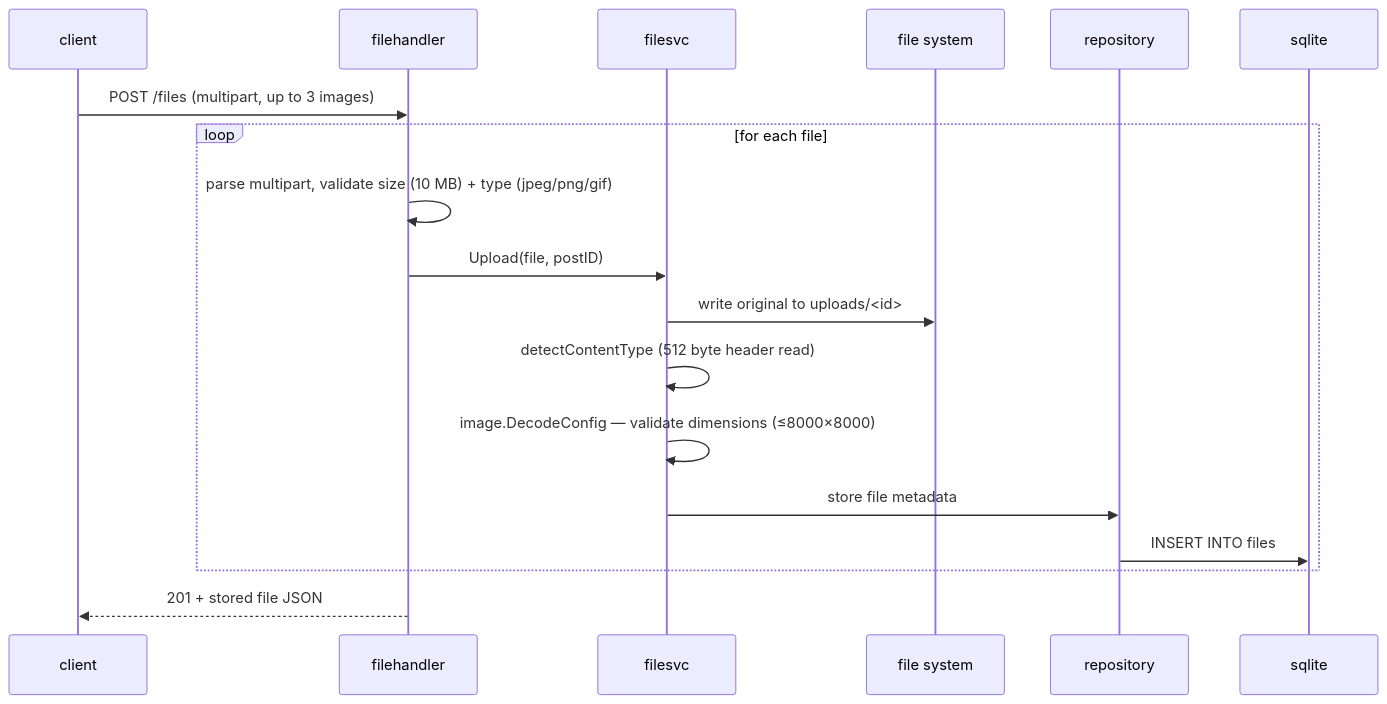
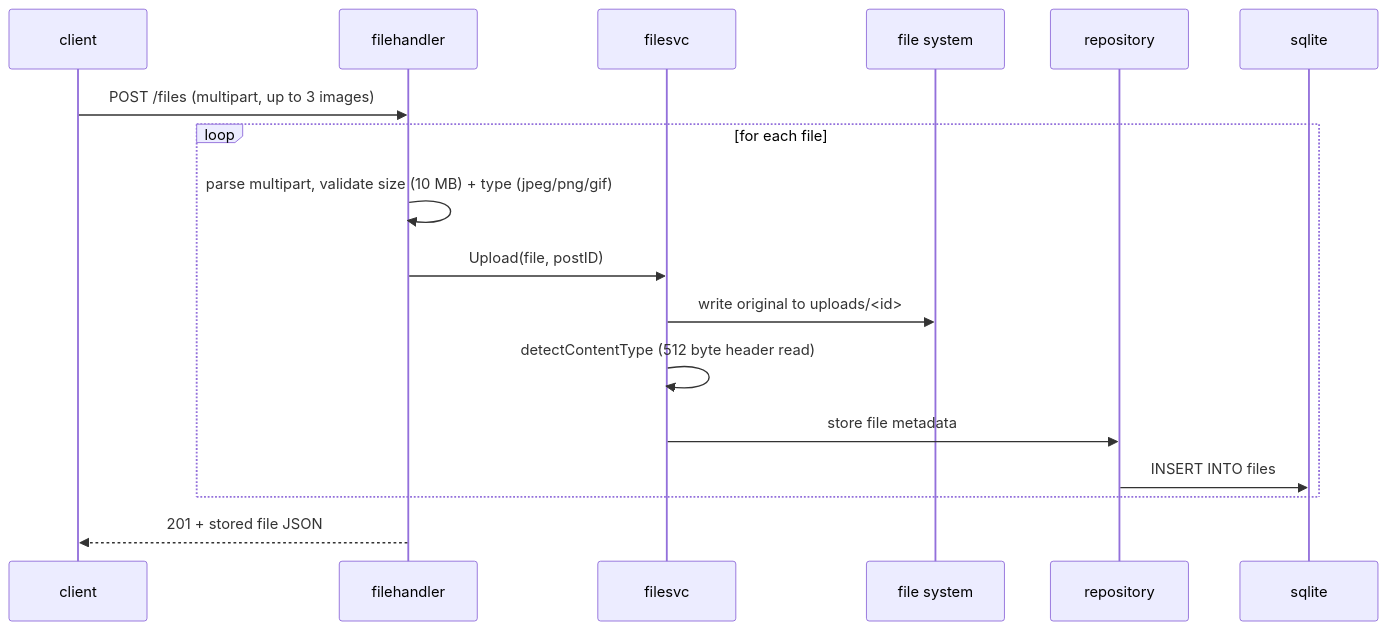
One commit to chentaymane/Social changed the fifth of 9 diagrams in backend/readme.md. Above: the diagram before and after it, drawn with Mermaid. The commit also changed other lines of this file and 1 other file, not shown here.

Commit message:
drop stale image dimension validation references

````diff
--- a/backend/readme.md
+++ b/backend/readme.md
@@ -188,21 +186,20 @@
 ```mermaid
 sequenceDiagram
     participant C as client
     participant H as filehandler
     participant S as filesvc
     participant F as file system
     participant R as repository
     participant DB as sqlite
 
     C->>H: POST /files (multipart, up to 3 images)
     loop for each file
         H->>H: parse multipart, validate size (10 MB) + type (jpeg/png/gif)
         H->>S: Upload(file, postID)
         S->>F: write original to uploads/<id>
         S->>S: detectContentType (512 byte header read)
-        S->>S: image.DecodeConfig — validate dimensions (≤8000×8000)
         S->>R: store file metadata
         R->>DB: INSERT INTO files
     end
     H-->>C: 201 + stored file JSON
 ```
````
